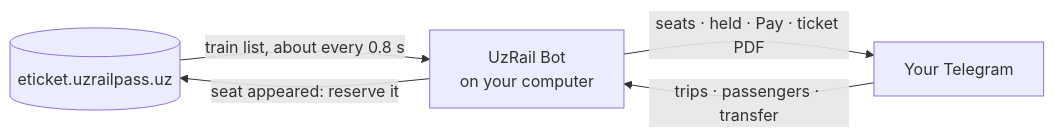
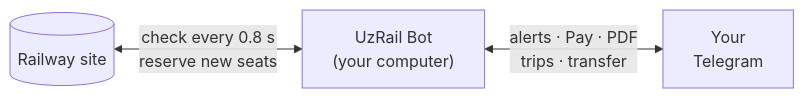
The diagram in README.md (myrosama/uzrail-ticket-bot), drawn with Mermaid before and after one commit. The commit also changed other lines of this file and 1 other file, not shown here.

First line of the commit message:
README: highlights as a list, compact diagram, tighter Activity screenshot

````diff
--- a/README.md
+++ b/README.md
@@ -126,7 +127,5 @@
 ```mermaid
 flowchart LR
-    R[("eticket.uzrailpass.uz")] -- "train list, about every 0.8 s" --> B["UzRail Bot<br/>on your computer"]
-    B -- "seat appeared: reserve it" --> R
-    B -- "seats · held · Pay · ticket PDF" --> T["Your Telegram"]
-    T -- "trips · passengers · transfer" --> B
+    R[("Railway site")] <-->|"check every 0.8 s<br/>reserve new seats"| B["UzRail Bot<br/>(your computer)"]
+    B <-->|"alerts · Pay · PDF<br/>trips · transfer"| T["Your<br/>Telegram"]
 ```
````
